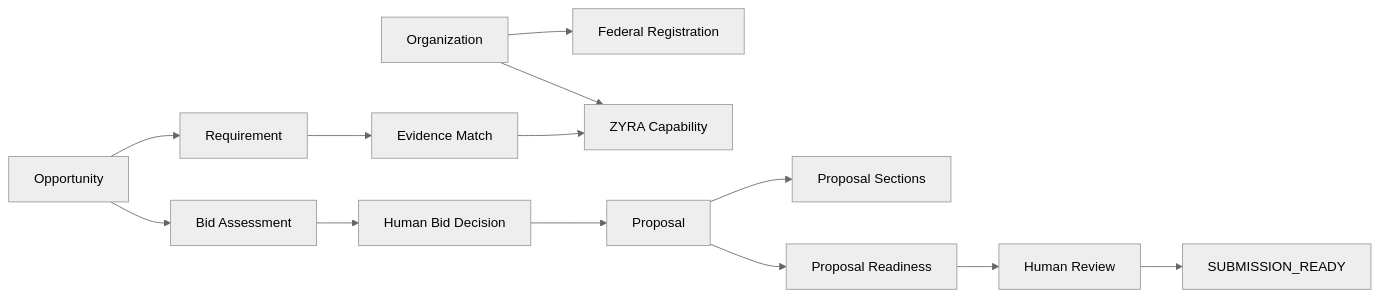
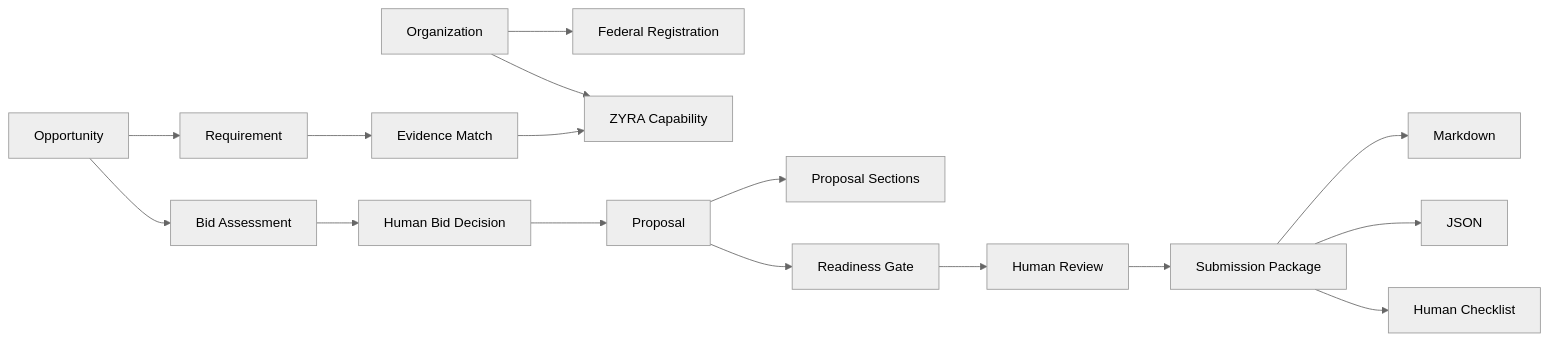
Before and after one commit to sonoxo/zyra: the third of 3 diagrams in products/nxyz-contractops/README.md, drawn with Mermaid (neutral theme). The commit also changed other lines of this file, not shown here.

Commit message:
docs(contractops): ship v0.7 submission package builder README

````diff
--- a/products/nxyz-contractops/README.md
+++ b/products/nxyz-contractops/README.md
@@ -237,15 +304,18 @@
 ```mermaid
 flowchart LR
     ORG[Organization] --> REG[Federal Registration]
     ORG --> CAP[ZYRA Capability]
     OPP[Opportunity] --> REQ[Requirement]
-    REQ --> EVID[Evidence Match]
-    EVID --> CAP
+    REQ --> EV[Evidence Match]
+    EV --> CAP
     OPP --> SCORE[Bid Assessment]
     SCORE --> HD[Human Bid Decision]
     HD --> PROP[Proposal]
     PROP --> SEC[Proposal Sections]
-    PROP --> READY[Proposal Readiness]
+    PROP --> READY[Readiness Gate]
     READY --> REVIEW[Human Review]
-    REVIEW --> SR[SUBMISSION_READY]
+    REVIEW --> PKG[Submission Package]
+    PKG --> MD[Markdown]
+    PKG --> JSON[JSON]
+    PKG --> CHECK[Human Checklist]
 ```
````
